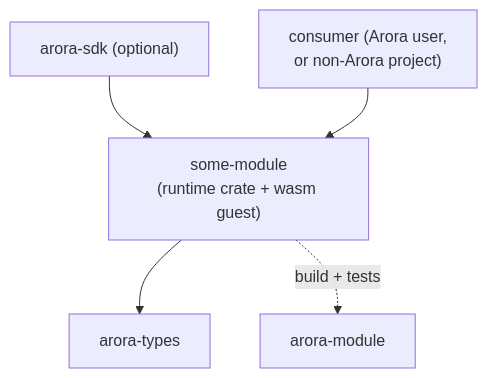
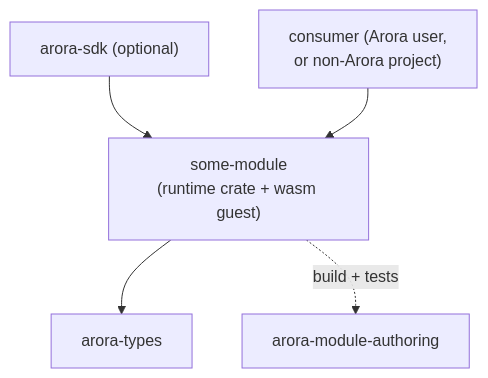
Before and after one commit to semio-ai/arora-sdk: the third of 6 diagrams in docs/proposal-split-arora-repos.md, drawn with Mermaid. The commit also changed other lines of this file and 2 other files, not shown here.

First line of the commit message:
docs: address PR 72 review — rename arora-module repo, define arora-web

````diff
--- a/docs/proposal-split-arora-repos.md
+++ b/docs/proposal-split-arora-repos.md
@@ -288,13 +298,13 @@
 ```mermaid
 graph TD
     t["arora-types"]
-    m["arora-module"]
+    m["arora-module-authoring"]
     mod["some-module<br/>(runtime crate + wasm guest)"]
     sdk["arora-sdk (optional)"]
     consumer["consumer (Arora user,<br/>or non-Arora project)"]
 
     mod --> t
     mod -.->|build + tests| m
     sdk --> mod
     consumer --> mod
 ```
````
